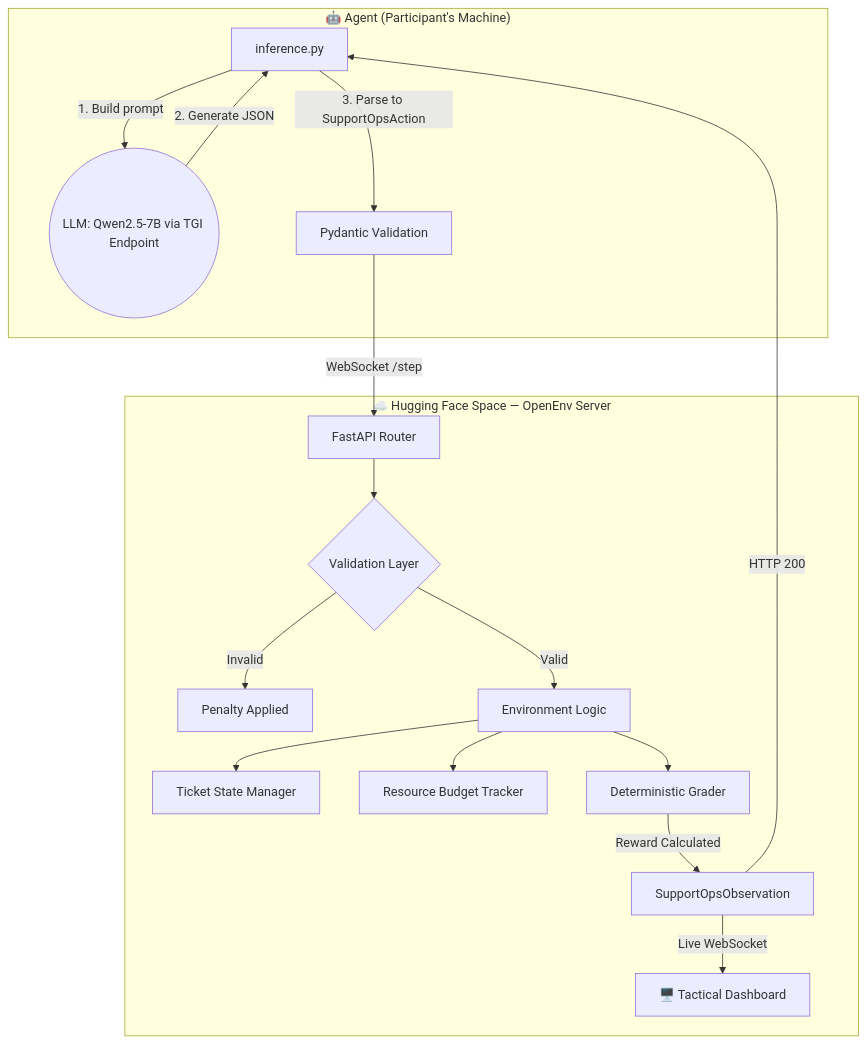
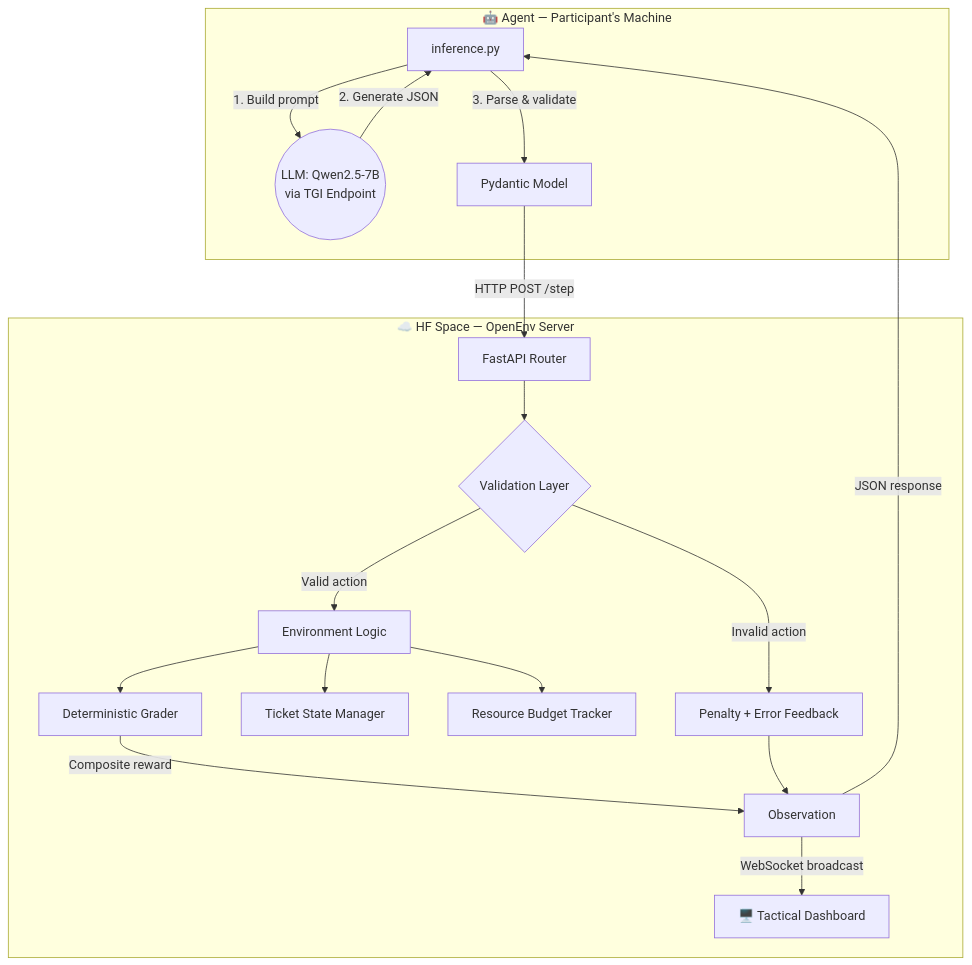
One commit to letsjoyn/meta-scalar-hack changed the diagram in Blog.md. Above: the diagram before and after it, drawn with Mermaid. The commit also changed other lines of this file, not shown here.

````diff
--- a/Blog.md
+++ b/Blog.md
@@ -55,22 +134,23 @@
 ```mermaid
 graph TD
-    subgraph "🤖 Agent (Participant's Machine)"
-        A[inference.py] -->|1. Build prompt| B((LLM: Qwen2.5-7B via TGI Endpoint))
+    subgraph "🤖 Agent — Participant's Machine"
+        A[inference.py] -->|1. Build prompt| B((LLM: Qwen2.5-7B<br>via TGI Endpoint))
         B -->|2. Generate JSON| A
-        A -->|3. Parse to SupportOpsAction| C[Pydantic Validation]
+        A -->|3. Parse & validate| C[Pydantic Model]
     end
 
-    subgraph "☁️ Hugging Face Space — OpenEnv Server"
-        C -->|WebSocket /step| D[FastAPI Router]
+    subgraph "☁️ HF Space — OpenEnv Server"
+        C -->|HTTP POST /step| D[FastAPI Router]
         D --> E{Validation Layer}
-        E -->|Invalid| F[Penalty Applied]
-        E -->|Valid| G[Environment Logic]
+        E -->|Invalid action| F[Penalty + Error Feedback]
+        E -->|Valid action| G[Environment Logic]
         G --> H[Ticket State Manager]
         G --> I[Resource Budget Tracker]
         G --> J[Deterministic Grader]
-        J -->|Reward Calculated| K[SupportOpsObservation]
-        K -->|Live WebSocket| L[🖥️ Tactical Dashboard]
+        J -->|Composite reward| K[Observation]
+        K -->|WebSocket broadcast| L[🖥️ Tactical Dashboard]
     end
 
-    K -->|HTTP 200| A
+    F --> K
+    K -->|JSON response| A
 ```
````
